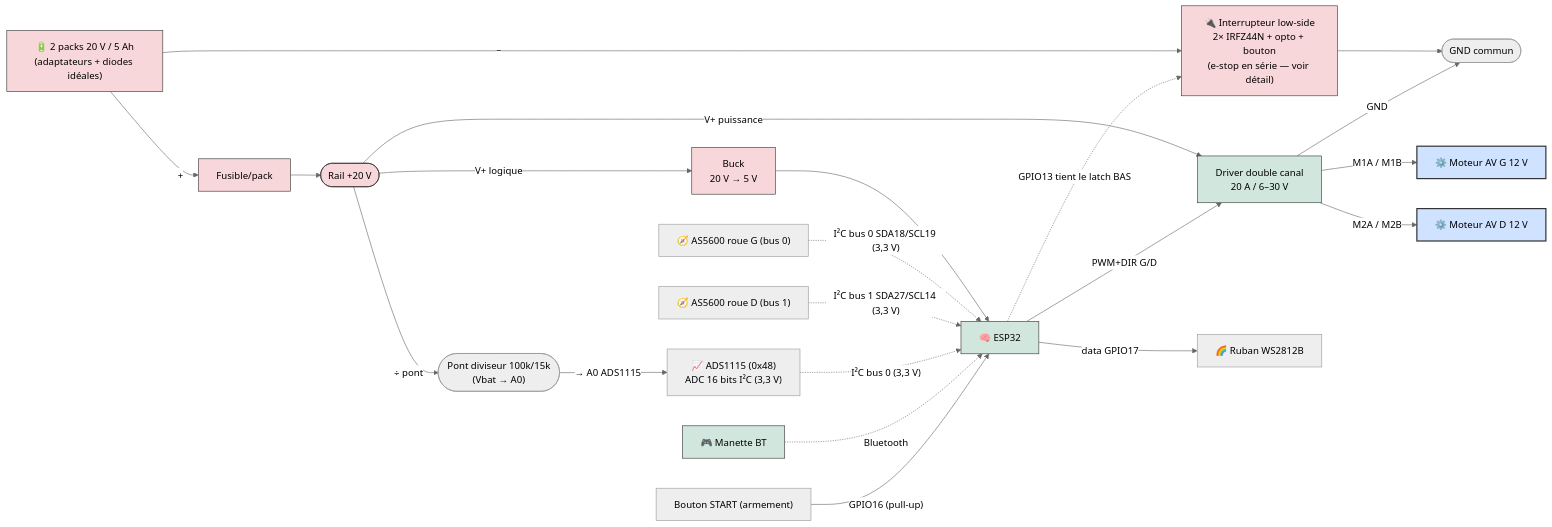
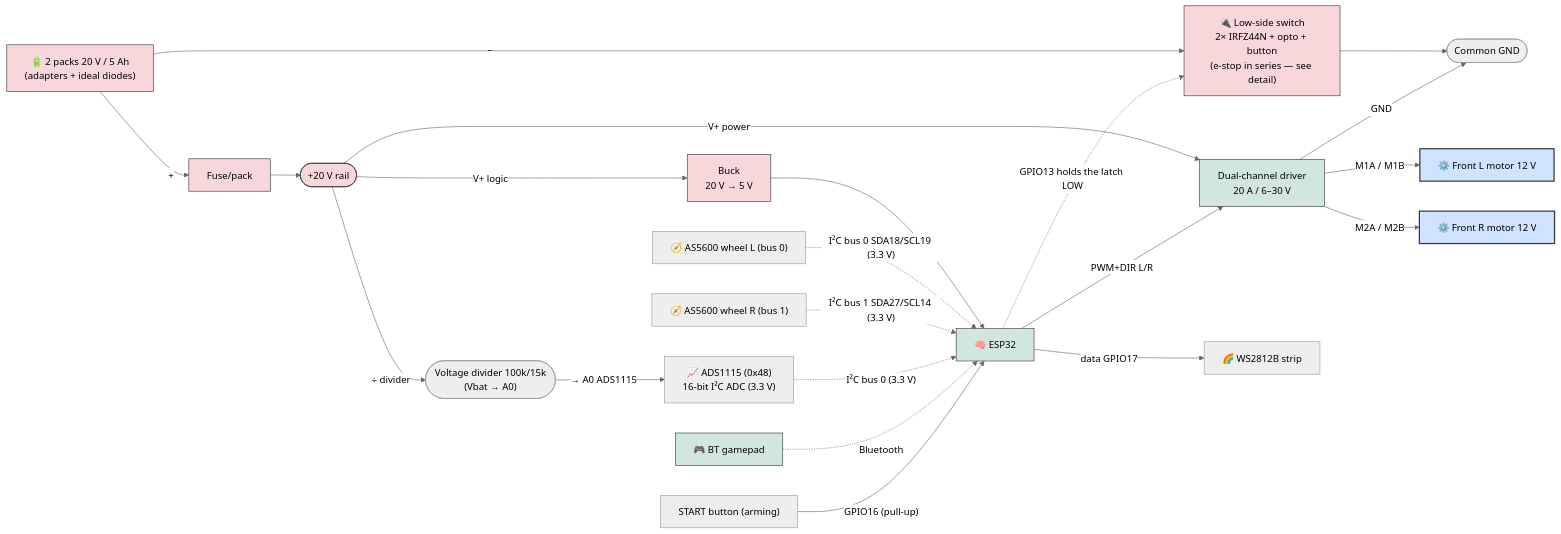
The sixth of 10 diagrams in README.md (pinkymaxou/powered-soapbox-car), drawn with Mermaid (neutral theme) before and after one commit. The commit also changed other lines of this file and 49 other files, not shown here.

````diff
--- a/README.md
+++ b/README.md
@@ -414,49 +414,49 @@
 ```mermaid
 flowchart LR
-    BATT["🔋 2 packs 20 V / 5 Ah<br/>(adaptateurs + diodes idéales)"]
-    FUSE["Fusible/pack"]
-    RAIL(["Rail +20 V"])
-    SW["🔌 Interrupteur low-side<br/>2× IRFZ44N + opto + bouton<br/>(e-stop en série — voir détail)"]
-    GNDC(["GND commun"])
+    BATT["🔋 2 packs 20 V / 5 Ah<br/>(adapters + ideal diodes)"]
+    FUSE["Fuse/pack"]
+    RAIL(["+20 V rail"])
+    SW["🔌 Low-side switch<br/>2× IRFZ44N + opto + button<br/>(e-stop in series — see detail)"]
+    GNDC(["Common GND"])
     BUCK["Buck<br/>20 V → 5 V"]
     ESP["🧠 ESP32"]
-    PAD["🎮 Manette BT"]
-    DRV["Driver double canal<br/>20 A / 6–30 V"]
-    M1["⚙️ Moteur AV G 12 V"]
-    M2["⚙️ Moteur AV D 12 V"]
-    ADS["📈 ADS1115 (0x48)<br/>ADC 16 bits I²C (3,3 V)"]
-    EG["🧭 AS5600 roue G (bus 0)"]
-    ED["🧭 AS5600 roue D (bus 1)"]
-    DIVB(["Pont diviseur 100k/15k<br/>(Vbat → A0)"])
-    BTN["Bouton START (armement)"]
-    WS["🌈 Ruban WS2812B"]
+    PAD["🎮 BT gamepad"]
+    DRV["Dual-channel driver<br/>20 A / 6–30 V"]
+    M1["⚙️ Front L motor 12 V"]
+    M2["⚙️ Front R motor 12 V"]
+    ADS["📈 ADS1115 (0x48)<br/>16-bit I²C ADC (3.3 V)"]
+    EG["🧭 AS5600 wheel L (bus 0)"]
+    ED["🧭 AS5600 wheel R (bus 1)"]
+    DIVB(["Voltage divider 100k/15k<br/>(Vbat → A0)"])
+    BTN["START button (arming)"]
+    WS["🌈 WS2812B strip"]
 
-    %% Puissance : le + alimente en permanence ; c'est le − qui est commuté (low-side)
+    %% Power: the + is always live; it's the − that is switched (low-side)
     BATT -- "+" --> FUSE --> RAIL
-    RAIL -- "V+ puissance" --> DRV
-    RAIL -- "V+ logique" --> BUCK --> ESP
+    RAIL -- "V+ power" --> DRV
+    RAIL -- "V+ logic" --> BUCK --> ESP
     BATT -- "−" --> SW --> GNDC
     DRV -- "GND" --> GNDC
-    ESP -. "GPIO13 tient le latch BAS" .-> SW
+    ESP -. "GPIO13 holds the latch LOW" .-> SW
 
-    %% Sorties moteurs + retour de vitesse
+    %% Motor outputs + speed feedback
     DRV -- "M1A / M1B" --> M1
     DRV -- "M2A / M2B" --> M2
-    EG -. "I²C bus 0 SDA18/SCL19 (3,3 V)" .-> ESP
-    ED -. "I²C bus 1 SDA27/SCL14 (3,3 V)" .-> ESP
-    ADS -. "I²C bus 0 (3,3 V)" .-> ESP
+    EG -. "I²C bus 0 SDA18/SCL19 (3.3 V)" .-> ESP
+    ED -. "I²C bus 1 SDA27/SCL14 (3.3 V)" .-> ESP
+    ADS -. "I²C bus 0 (3.3 V)" .-> ESP
 
-    %% Signaux
+    %% Signals
     PAD -. "Bluetooth" .-> ESP
-    ESP -- "PWM+DIR G/D" --> DRV
-    RAIL -- "÷ pont" --> DIVB -- "→ A0 ADS1115" --> ADS
+    ESP -- "PWM+DIR L/R" --> DRV
+    RAIL -- "÷ divider" --> DIVB -- "→ A0 ADS1115" --> ADS
     BTN -- "GPIO16 (pull-up)" --> ESP
     ESP -- "data GPIO17" --> WS
 
     classDef pwr fill:#f8d7da,stroke:#333;
     classDef ctrl fill:#d1e7dd,stroke:#333;
     classDef mot fill:#cfe2ff,stroke:#333,stroke-width:2px;
     class BATT,FUSE,RAIL,SW,BUCK pwr;
     class ESP,DRV,PAD ctrl;
     class M1,M2 mot;
 ```
````
